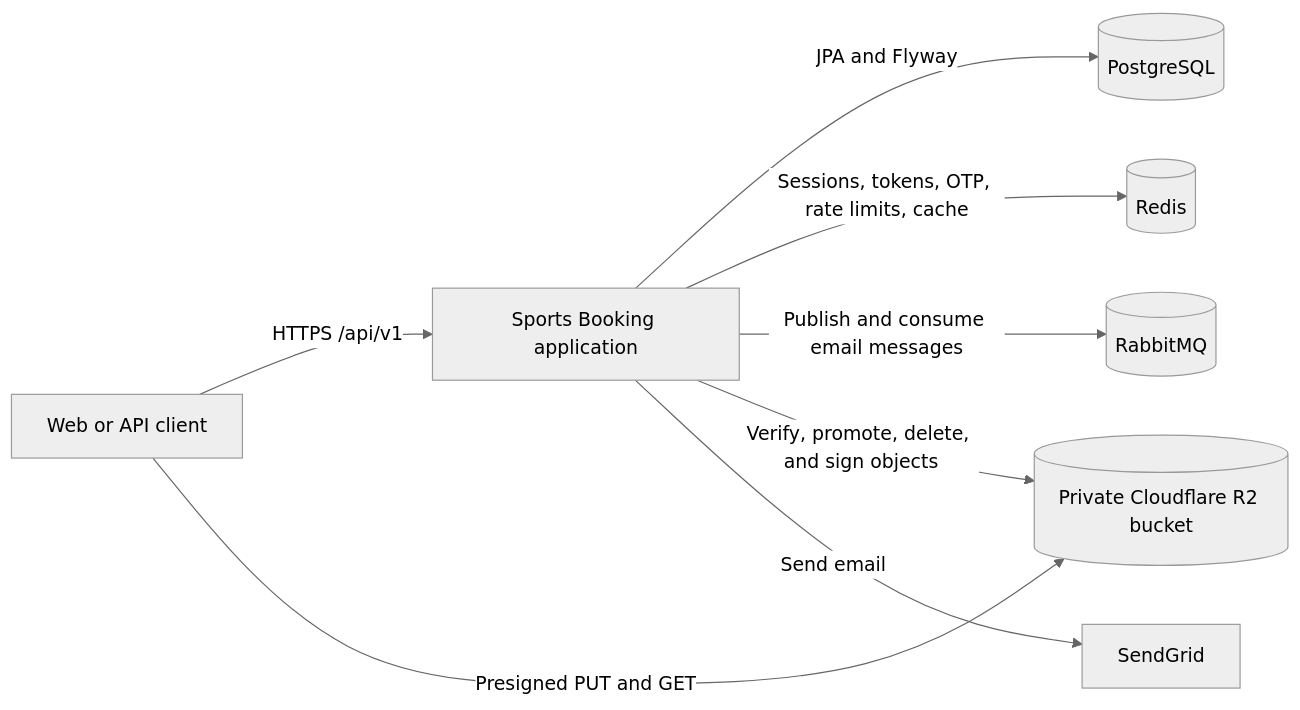
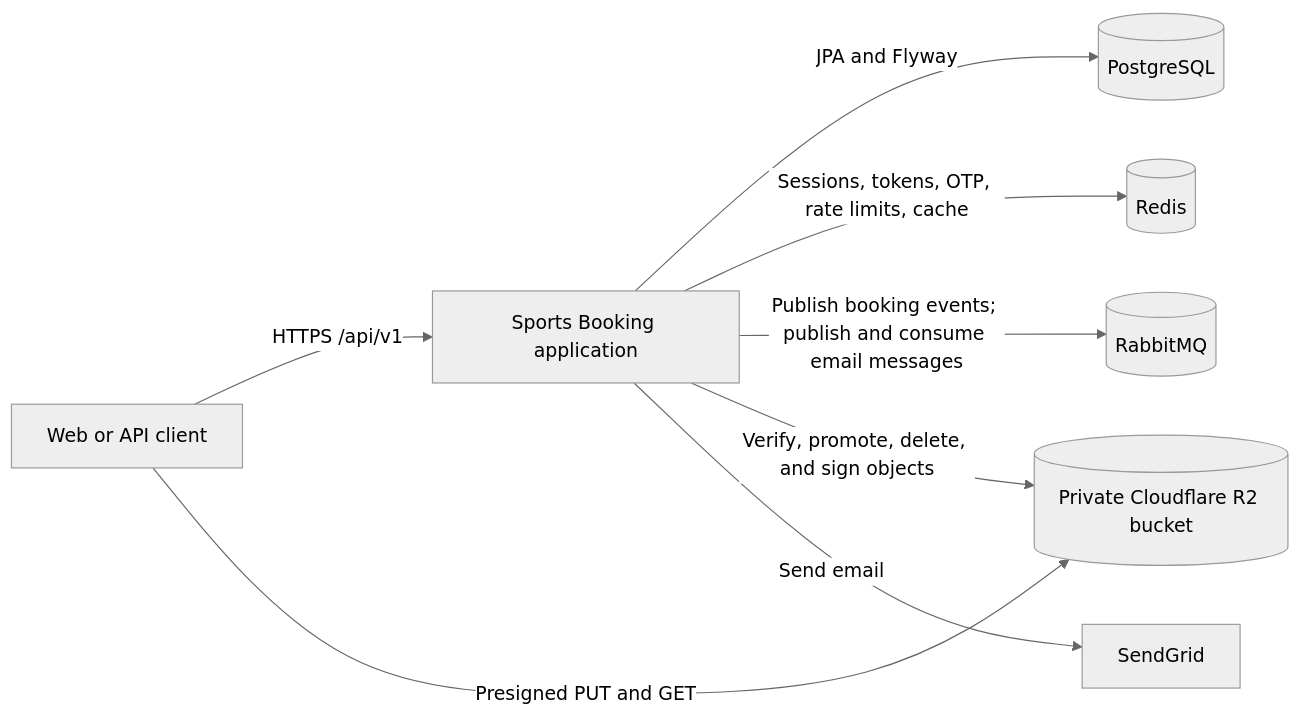
Before and after one commit to hcyk268/sports-booking-be: the first of 4 diagrams in docs/architecture/architecture.md, drawn with Mermaid (neutral theme). The commit also changed other lines of this file and 4 other files, not shown here.

Commit message:
docs: document booking module, API, and architecture boundaries

````diff
--- a/docs/architecture/architecture.md
+++ b/docs/architecture/architecture.md
@@ -15,10 +15,10 @@
 ```mermaid
 flowchart LR
     Client[Web or API client] -->|HTTPS /api/v1| App[Sports Booking application]
     Client -->|Presigned PUT and GET| R2[(Private Cloudflare R2 bucket)]
     App -->|JPA and Flyway| PG[(PostgreSQL)]
     App -->|Sessions, tokens, OTP, rate limits, cache| Redis[(Redis)]
-    App -->|Publish and consume email messages| MQ[(RabbitMQ)]
+    App -->|Publish booking events; publish and consume email messages| MQ[(RabbitMQ)]
     App -->|Verify, promote, delete, and sign objects| R2
     App -->|Send email| SG[SendGrid]
 ```
````
